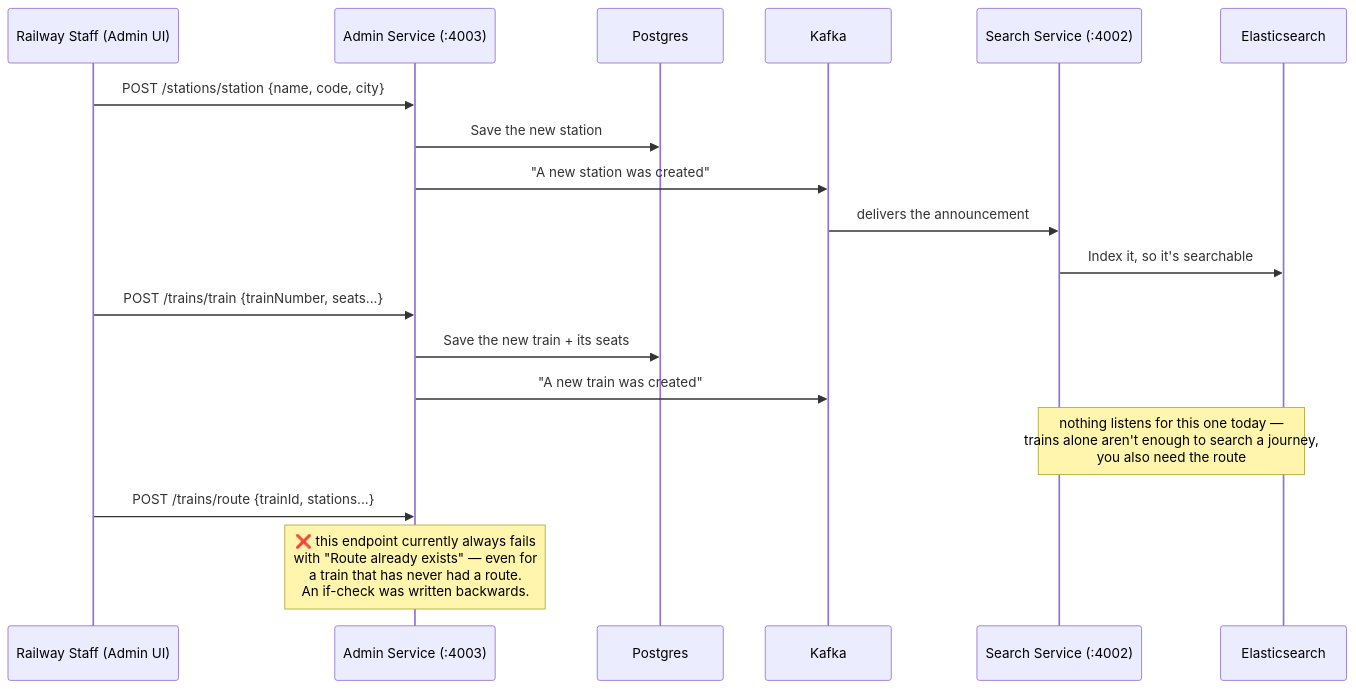
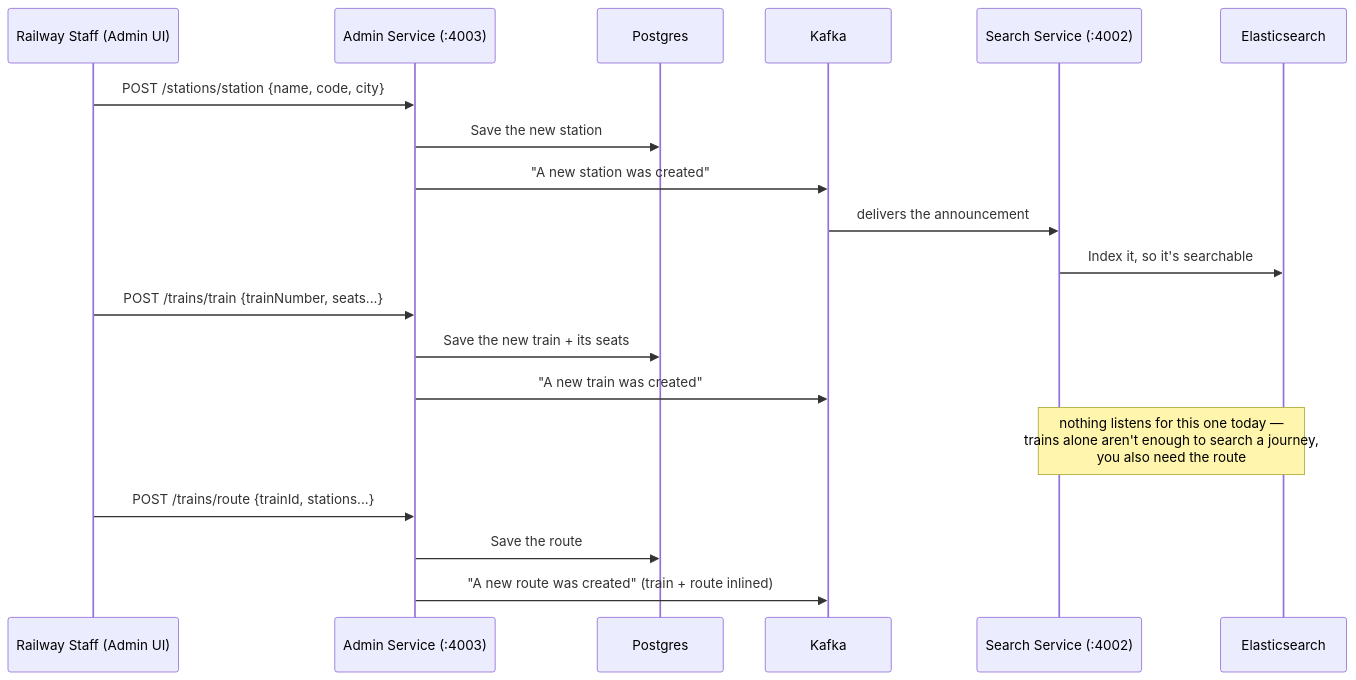
The third of 7 diagrams in IRCTC/readme.md (jstgrowup/System-Design), drawn with Mermaid before and after one commit. The commit also changed other lines of this file and 65 other files, not shown here.

First line of the commit message:
feat(inventory-service): initialize database schema and add seat inventory management

````diff
--- a/IRCTC/readme.md
+++ b/IRCTC/readme.md
@@ -182,23 +183,24 @@
 ```mermaid
 sequenceDiagram
     participant Staff as Railway Staff (Admin UI)
     participant A as Admin Service (:4003)
     participant DB as Postgres
     participant K as Kafka
     participant S as Search Service (:4002)
     participant ES as Elasticsearch
 
     Staff->>A: POST /stations/station {name, code, city}
     A->>DB: Save the new station
     A->>K: "A new station was created"
     K->>S: delivers the announcement
     S->>ES: Index it, so it's searchable
 
     Staff->>A: POST /trains/train {trainNumber, seats...}
     A->>DB: Save the new train + its seats
     A->>K: "A new train was created"
     Note over S,ES: nothing listens for this one today —<br/>trains alone aren't enough to search a journey,<br/>you also need the route
 
     Staff->>A: POST /trains/route {trainId, stations...}
-    Note over A: ❌ this endpoint currently always fails<br/>with "Route already exists" — even for<br/>a train that has never had a route.<br/>An if-check was written backwards.
+    A->>DB: Save the route
+    A->>K: "A new route was created" (train + route inlined)
 ```
````
